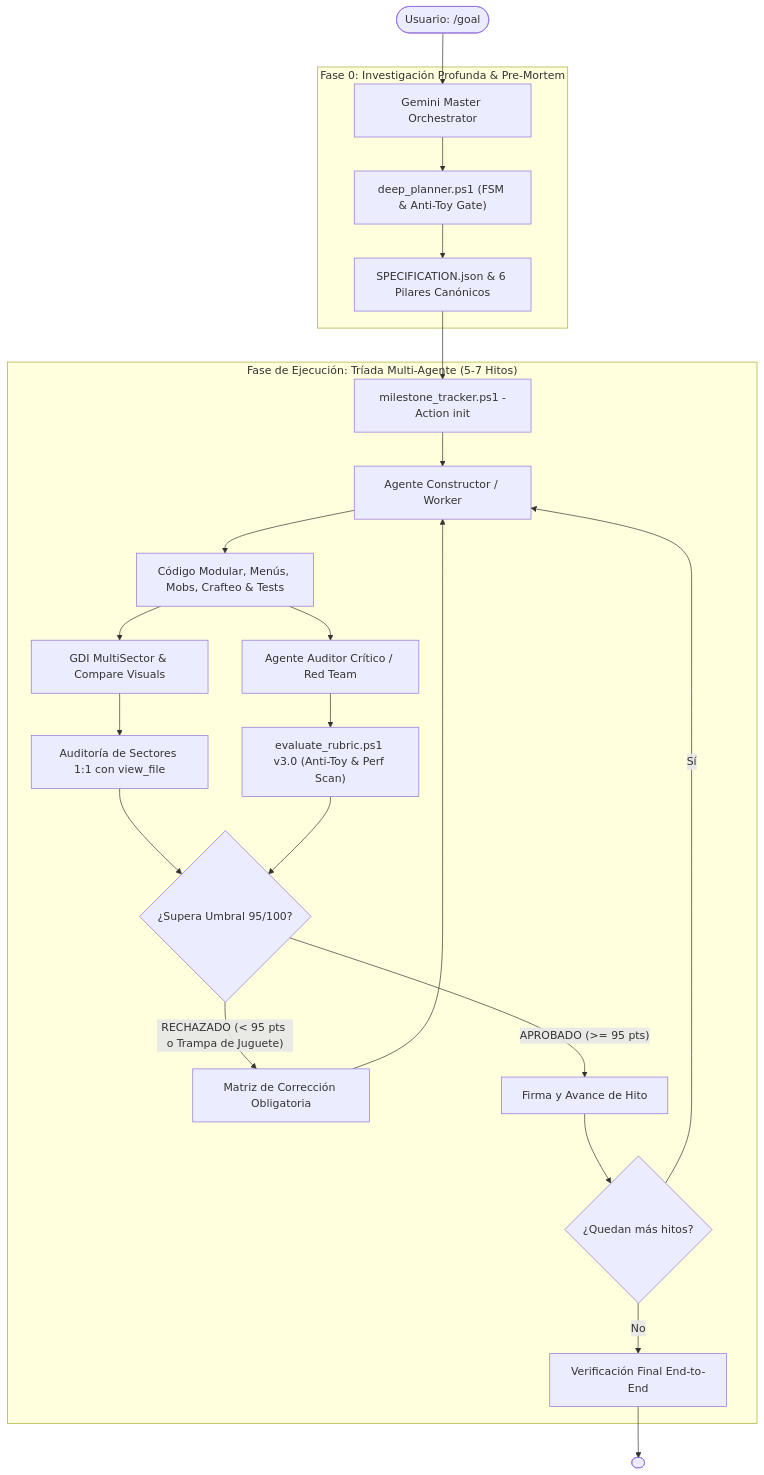
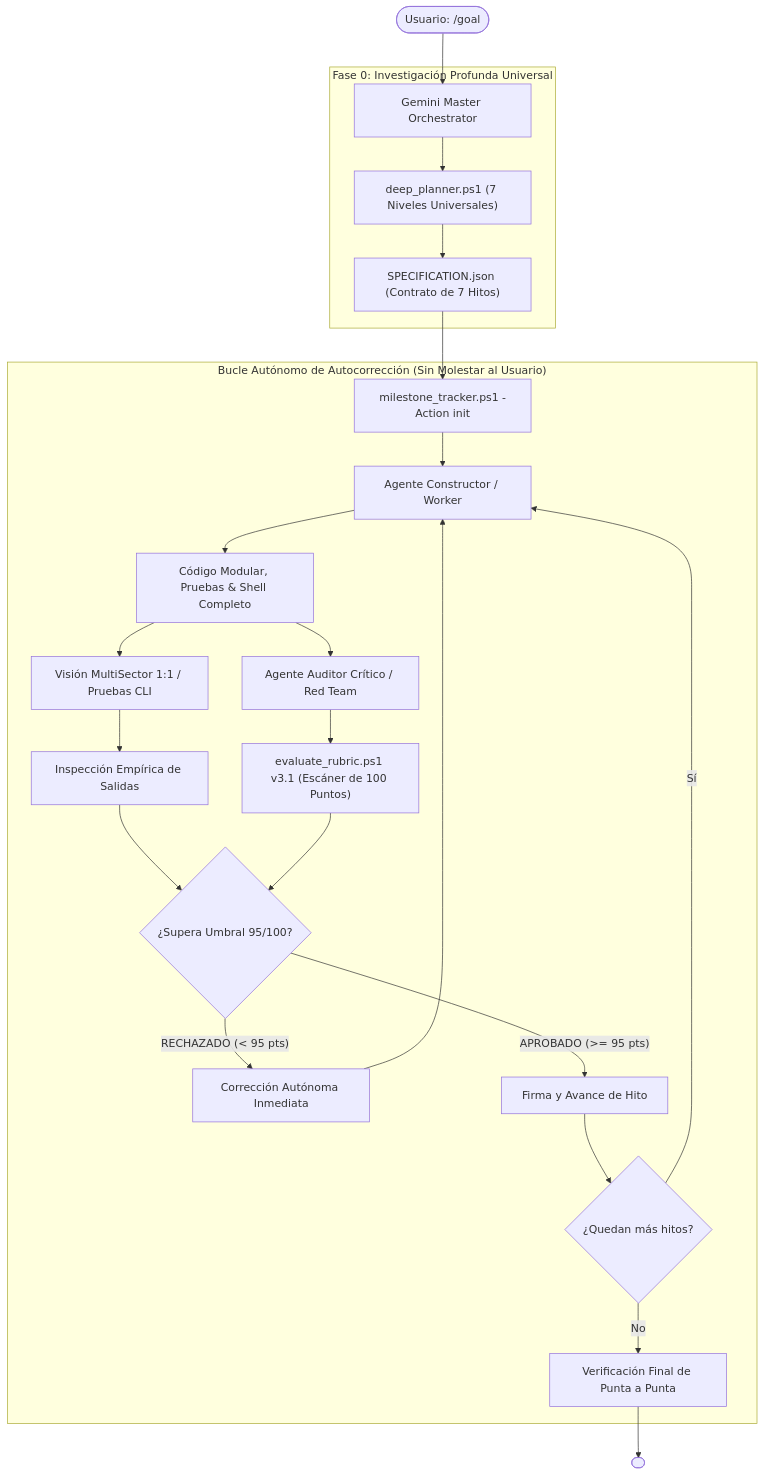
One commit to BryanGM12/antigravity-ultra-goal changed the diagram in SKILL.md. Above: the diagram before and after it, drawn with Mermaid. The commit also changed other lines of this file and 5 other files, not shown here.

````diff
--- a/SKILL.md
+++ b/SKILL.md
@@ -64,34 +86,34 @@
 ```mermaid
 graph TD
-    User([Usuario: /goal <objetivo>]) --> Master[Gemini Master Orchestrator]
+    User([Usuario: /goal <cualquier proyecto>]) --> Master[Gemini Master Orchestrator]
     
-    subgraph "Fase 0: Investigación Profunda & Pre-Mortem"
-        Master --> DeepPlan["deep_planner.ps1 (FSM & Anti-Toy Gate)"]
-        DeepPlan --> Spec["SPECIFICATION.json & 6 Pilares Canónicos"]
+    subgraph "Fase 0: Investigación Profunda Universal"
+        Master --> UniversalPlanner["deep_planner.ps1 (7 Niveles Universales)"]
+        UniversalPlanner --> Spec["SPECIFICATION.json (Contrato de 7 Hitos)"]
     end
     
-    subgraph "Fase de Ejecución: Tríada Multi-Agente (5-7 Hitos)"
+    subgraph "Bucle Autónomo de Autocorrección (Sin Molestar al Usuario)"
         Spec --> StateInit[milestone_tracker.ps1 -Action init]
         StateInit --> Builder[Agente Constructor / Worker]
-        Builder --> Deliverable[Código Modular, Menús, Mobs, Crafteo & Tests]
+        Builder --> Deliverable[Código Modular, Pruebas & Shell Completo]
         
         Deliverable --> Auditor[Agente Auditor Crítico / Red Team]
-        Deliverable --> Vision[GDI MultiSector & Compare Visuals]
+        Deliverable --> Multimodal[Visión MultiSector 1:1 / Pruebas CLI]
         
-        Auditor --> Rubric["evaluate_rubric.ps1 v3.0 (Anti-Toy & Perf Scan)"]
-        Vision --> SectorInspection["Auditoría de Sectores 1:1 con view_file"]
+        Auditor --> Rubric["evaluate_rubric.ps1 v3.1 (Escáner de 100 Puntos)"]
+        Multimodal --> Inspection[Inspección Empírica de Salidas]
         
-        SectorInspection --> QualityGate{¿Supera Umbral 95/100?}
+        Inspection --> QualityGate{¿Supera Umbral 95/100?}
         Rubric --> QualityGate
         
-        QualityGate -- "RECHAZADO (< 95 pts o Trampa de Juguete)" --> Remediation[Matriz de Corrección Obligatoria]
-        Remediation --> Builder
+        QualityGate -- "RECHAZADO (< 95 pts)" --> AutoFix[Corrección Autónoma Inmediata]
+        AutoFix --> Builder
         
         QualityGate -- "APROBADO (>= 95 pts)" --> Advance[Firma y Avance de Hito]
         Advance --> Next{¿Quedan más hitos?}
         Next -- Sí --> Builder
-        Next -- No --> EndToEnd[Verificación Final End-to-End]
+        Next -- No --> EndToEnd[Verificación Final de Punta a Punta]
     end
     
     EndToEnd --> Complete([<!-- GOAL_COMPLETE -->])
 ```
````
